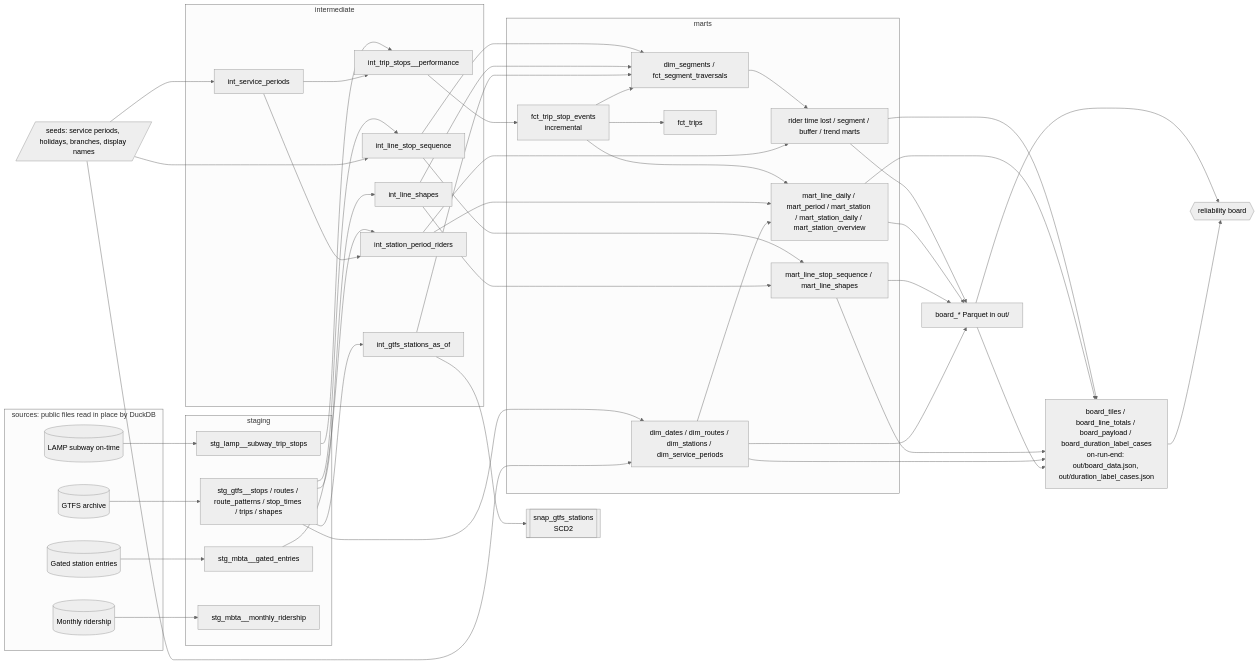
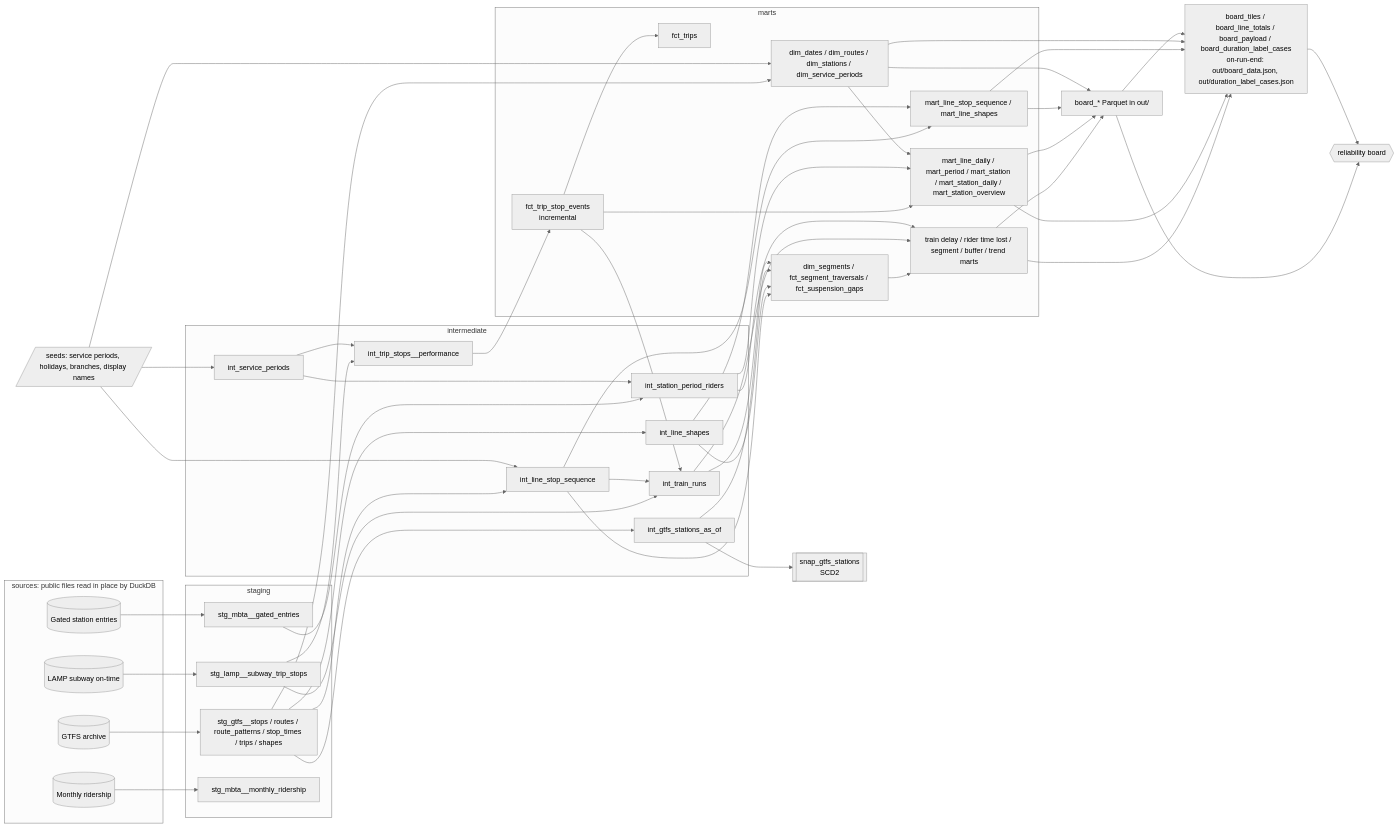
One commit to NeelVadlamudi/lantern changed the diagram in README.md. Above: the diagram before and after it, drawn with Mermaid (neutral theme). The commit also changed other lines of this file and 37 other files, not shown here.

````diff
--- a/README.md
+++ b/README.md
@@ -119,58 +167,60 @@
 ```mermaid
 flowchart LR
   subgraph sources[sources: public files read in place by DuckDB]
     lamp[(LAMP subway on-time)]
     gtfs[(GTFS archive)]
     gse[(Gated station entries)]
     mr[(Monthly ridership)]
   end
   subgraph staging
     stg_lamp[stg_lamp__subway_trip_stops]
     stg_gtfs[stg_gtfs__stops / routes / route_patterns / stop_times / trips / shapes]
     stg_gse[stg_mbta__gated_entries]
     stg_mr[stg_mbta__monthly_ridership]
   end
   subgraph intermediate
     int_perf[int_trip_stops__performance]
     int_sp[int_service_periods]
     int_seq[int_line_stop_sequence]
     int_shp[int_line_shapes]
     int_rid[int_station_period_riders]
     int_st[int_gtfs_stations_as_of]
+    int_run[int_train_runs]
   end
   subgraph marts
     dims[dim_dates / dim_routes / dim_stations / dim_service_periods]
     fct[fct_trip_stop_events<br/>incremental]
     fct_t[fct_trips]
     agg[mart_line_daily / mart_period / mart_station / mart_station_daily / mart_station_overview]
     geo[mart_line_stop_sequence / mart_line_shapes]
-    seg[dim_segments / fct_segment_traversals]
-    dec[rider time lost / segment / buffer / trend marts]
+    seg[dim_segments / fct_segment_traversals / fct_suspension_gaps]
+    dec[train delay / rider time lost / segment / buffer / trend marts]
   end
   snap[[snap_gtfs_stations<br/>SCD2]]
   exports[board_* Parquet in out/]
   payload[board_tiles / board_line_totals / board_payload / board_duration_label_cases<br/>on-run-end: out/board_data.json, out/duration_label_cases.json]
   board{{reliability board}}
   seeds[/seeds: service periods, holidays, branches, display names/]
 
   lamp --> stg_lamp --> int_perf
   gtfs --> stg_gtfs
   stg_gtfs --> int_seq & int_shp & int_st & dims
   gse --> stg_gse --> int_rid
   mr --> stg_mr
   seeds --> int_sp & int_seq & dims
   int_sp --> int_perf & int_rid
   int_perf --> fct --> fct_t
   fct --> agg
   int_rid --> agg
   int_seq --> geo
   int_shp --> geo
   int_st --> snap
   dims --> agg
   int_seq & int_shp & int_st --> seg
-  fct --> seg --> dec
+  fct & stg_lamp & int_seq --> int_run --> seg --> dec
+  int_run --> dec
   int_rid --> dec
   dec --> exports & payload
   agg & geo & dims --> exports --> board
   agg & geo & dims & exports --> payload --> board
 ```
````
